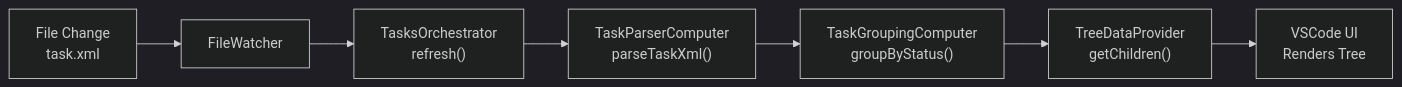
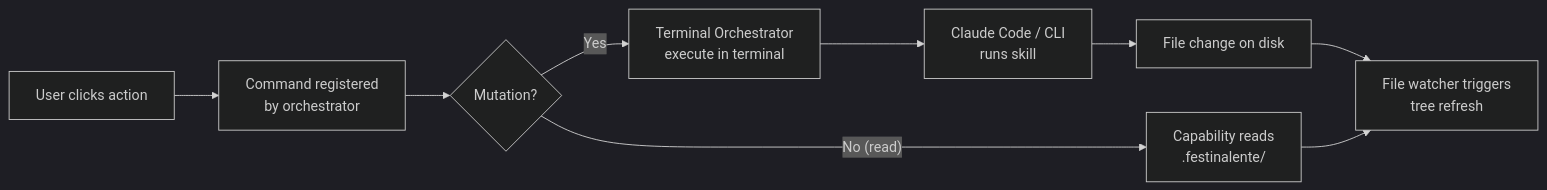
The second of 2 diagrams in .festinalente/engineering/systems/vscode-extension/_index.md (mattfletcher94/festinalente), drawn with Mermaid (dark theme) before and after one commit. The commit also changed other lines of this file and 17 other files, not shown here.

````diff
--- a/.festinalente/engineering/systems/vscode-extension/_index.md
+++ b/.festinalente/engineering/systems/vscode-extension/_index.md
@@ -148,9 +110,11 @@
 ```mermaid
 flowchart LR
-    A["File Change<br/>task.xml"] --> B["FileWatcher"]
-    B --> C["TasksOrchestrator<br/>refresh()"]
-    C --> D["TaskParserComputer<br/>parseTaskXml()"]
-    D --> E["TaskGroupingComputer<br/>groupByStatus()"]
-    E --> F["TreeDataProvider<br/>getChildren()"]
-    F --> G["VSCode UI<br/>Renders Tree"]
+    A["User clicks action"] --> B["Command registered<br/>by orchestrator"]
+    B --> C{"Mutation?"}
+    C -->|"Yes"| D["Terminal Orchestrator<br/>execute in terminal"]
+    D --> E["Claude Code / CLI<br/>runs skill"]
+    E --> F["File change on disk"]
+    F --> G["File watcher triggers<br/>tree refresh"]
+    C -->|"No (read)"| H["Capability reads<br/>.festinalente/"]
+    H --> G
 ```
````
